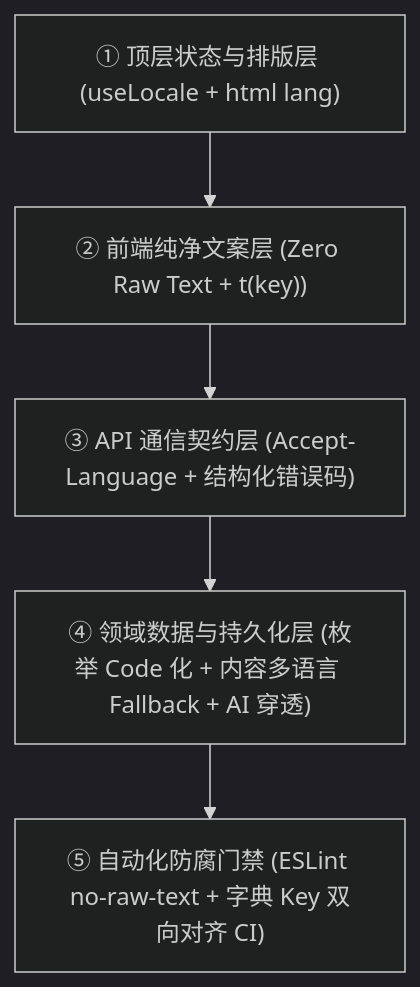
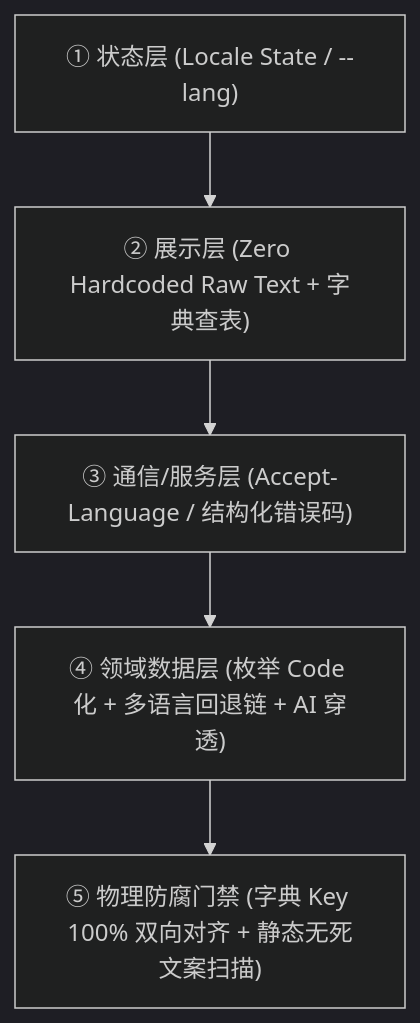
Before and after one commit to liuchangchxy/vibe-coding-starter: the diagram in templates/I18N_AND_THEME_ARCHITECTURE.md, drawn with Mermaid (dark theme). The commit also changed other lines of this file and 3 other files, not shown here.

````diff
--- a/templates/I18N_AND_THEME_ARCHITECTURE.md
+++ b/templates/I18N_AND_THEME_ARCHITECTURE.md
@@ -35,7 +12,7 @@
 ```mermaid
 flowchart TD
-    A["① 顶层状态与排版层 (useLocale + html lang)"] --> B["② 前端纯净文案层 (Zero Raw Text + t(key))"]
-    B --> C["③ API 通信契约层 (Accept-Language + 结构化错误码)"]
-    C --> D["④ 领域数据与持久化层 (枚举 Code 化 + 内容多语言 Fallback + AI 穿透)"]
-    D --> E["⑤ 自动化防腐门禁 (ESLint no-raw-text + 字典 Key 双向对齐 CI)"]
+    A["① 状态层 (Locale State / --lang)"] --> B["② 展示层 (Zero Hardcoded Raw Text + 字典查表)"]
+    B --> C["③ 通信/服务层 (Accept-Language / 结构化错误码)"]
+    C --> D["④ 领域数据层 (枚举 Code 化 + 多语言回退链 + AI 穿透)"]
+    D --> E["⑤ 物理防腐门禁 (字典 Key 100% 双向对齐 + 静态无死文案扫描)"]
 ```
````
